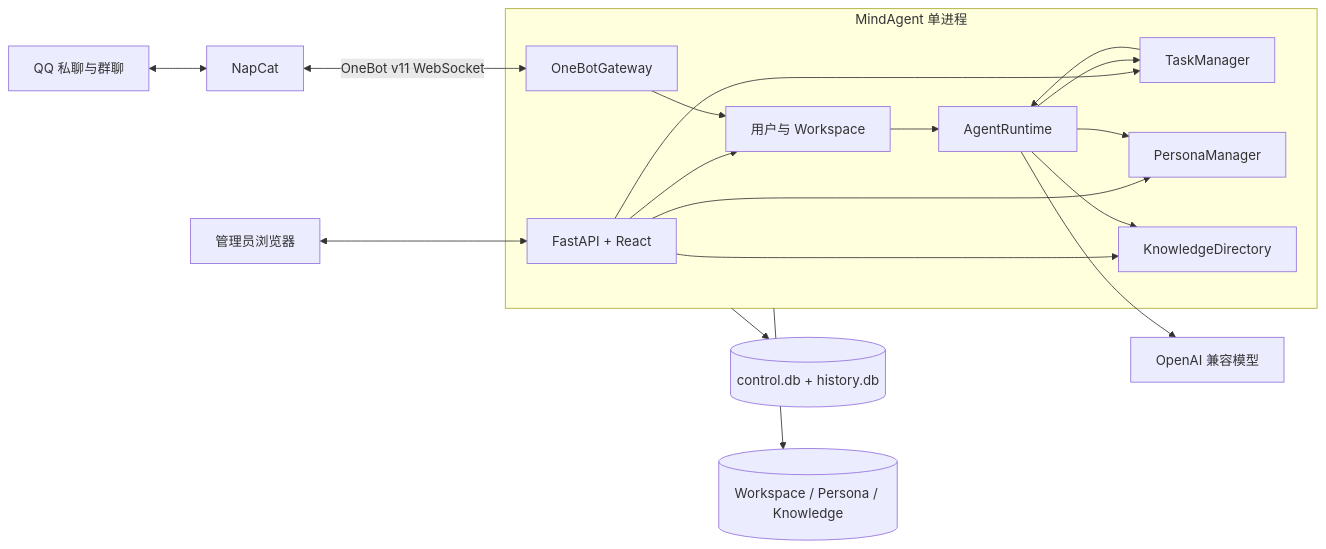
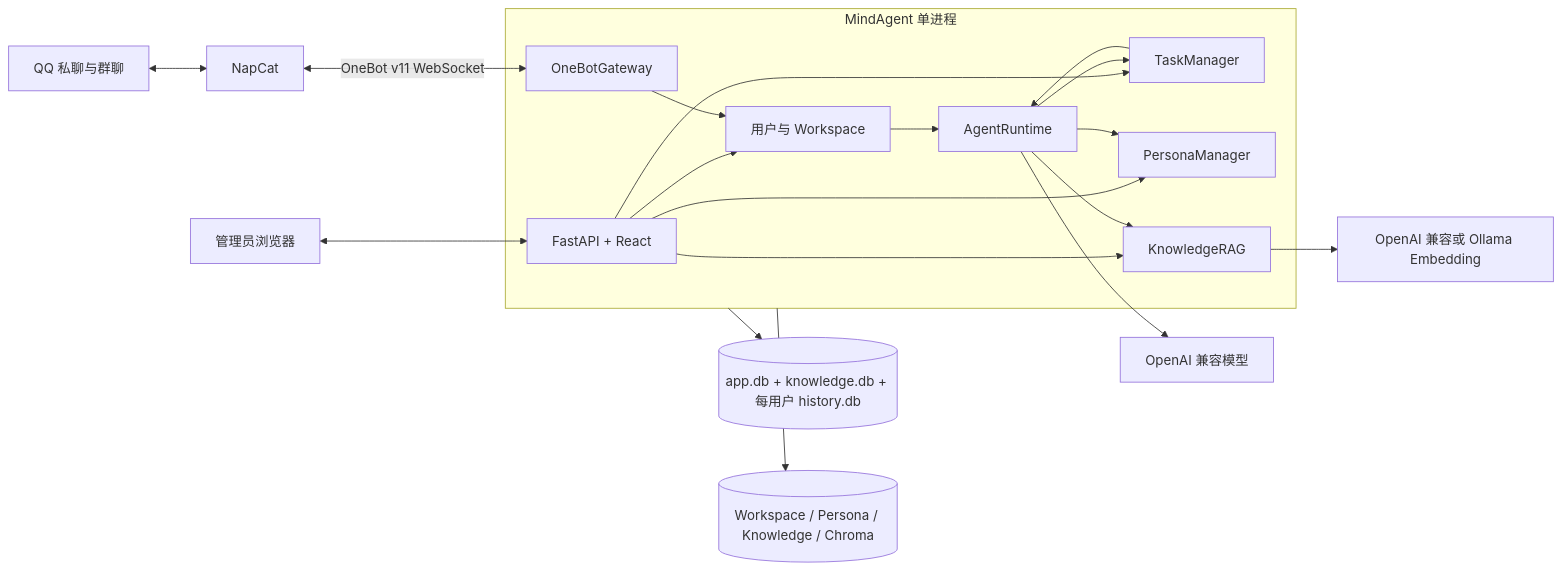
Before and after one commit to tamakara/mind-agent: the first of 2 diagrams in docs/design.md, drawn with Mermaid. The commit also changed other lines of this file and 3 other files, not shown here.

````diff
--- a/docs/design.md
+++ b/docs/design.md
@@ -33,30 +38,31 @@
 ```mermaid
 flowchart LR
     QQ[QQ 私聊与群聊] <--> NC[NapCat]
     Admin[管理员浏览器] <--> Web[FastAPI + React]
 
     subgraph App[MindAgent 单进程]
         OB[OneBotGateway]
         ID[用户与 Workspace]
         AR[AgentRuntime]
         TM[TaskManager]
         PM[PersonaManager]
-        KB[KnowledgeDirectory]
+        KB[KnowledgeRAG]
 
         Web --> ID
         Web --> TM
         Web --> PM
         Web --> KB
         OB --> ID
         ID --> AR
         AR --> TM
         AR --> PM
         AR --> KB
         TM --> AR
     end
 
     NC <-->|OneBot v11 WebSocket| OB
-    App --> DB[(control.db + history.db)]
-    App --> FS[(Workspace / Persona / Knowledge)]
+    App --> DB[(app.db + knowledge.db + 每用户 history.db)]
+    App --> FS[(Workspace / Persona / Knowledge / Chroma)]
     AR --> LLM[OpenAI 兼容模型]
+    KB --> EMB[OpenAI 兼容或 Ollama Embedding]
 ```
````
